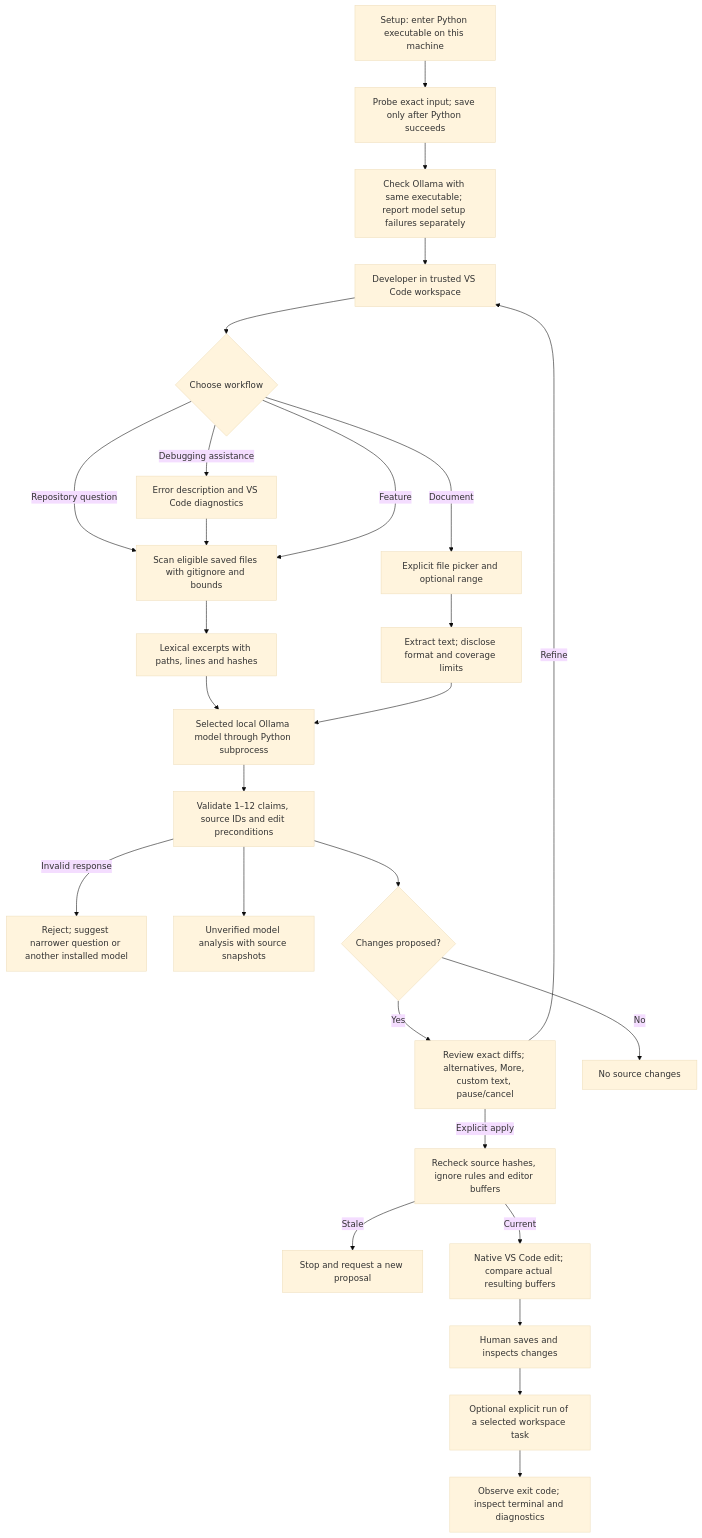
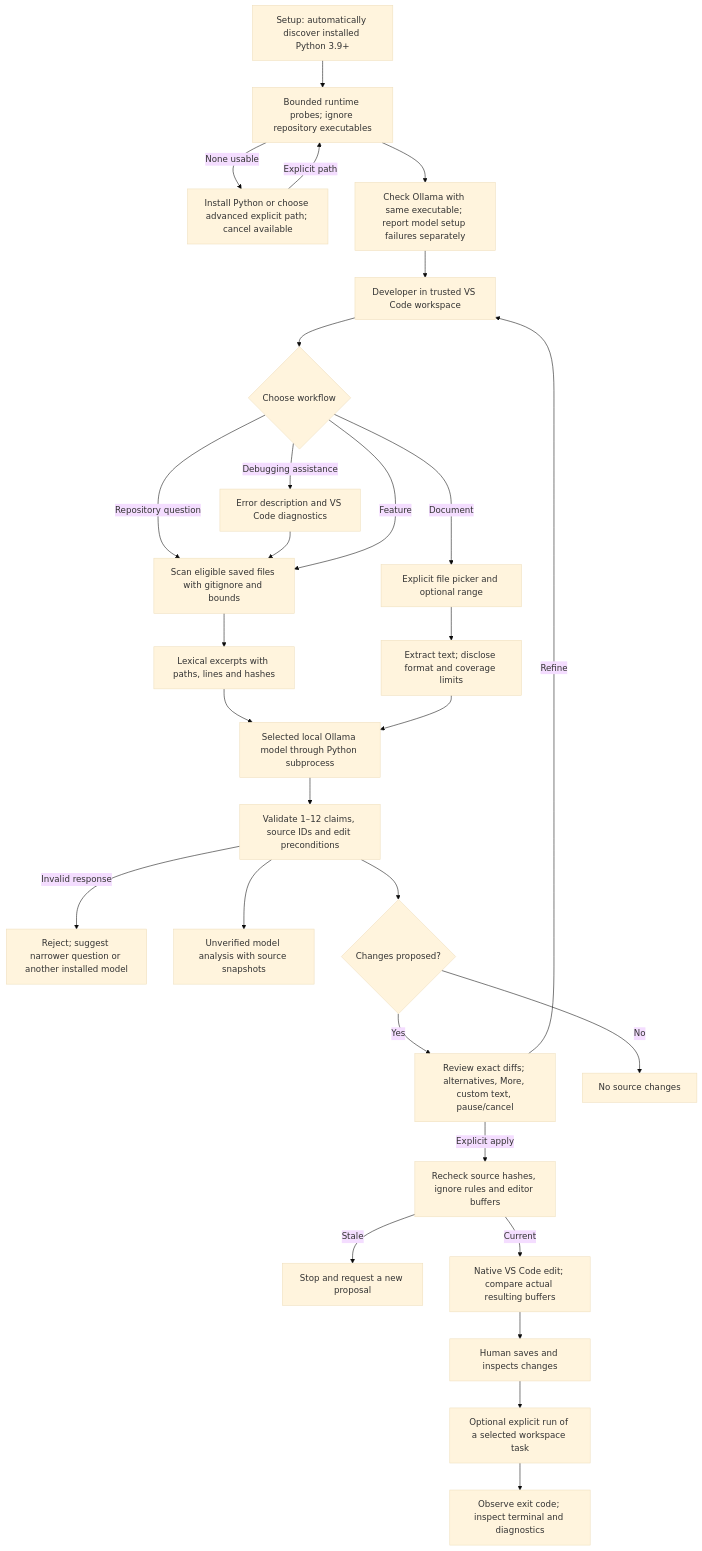
The diagram in docs/vscode.md (KrishnendraPrakash/thread), drawn with Mermaid (base theme) before and after one commit. The commit also changed other lines of this file and 29 other files, not shown here.

````diff
--- a/docs/vscode.md
+++ b/docs/vscode.md
@@ -101,29 +102,31 @@
 ```mermaid
 flowchart TD
-    Setup["Setup: enter Python executable on this machine"] --> Probe["Probe exact input; save only after Python succeeds"]
+    Setup["Setup: automatically discover installed Python 3.9+"] --> Probe["Bounded runtime probes; ignore repository executables"]
+    Probe -->|None usable| Advanced["Install Python or choose advanced explicit path; cancel available"]
+    Advanced -->|Explicit path| Probe
     Probe --> Models["Check Ollama with same executable; report model setup failures separately"]
     Models --> User["Developer in trusted VS Code workspace"]
     User --> Mode{"Choose workflow"}
     Mode -->|Repository question| Scan["Scan eligible saved files with gitignore and bounds"]
     Mode -->|Debugging assistance| Diagnostics["Error description and VS Code diagnostics"]
     Diagnostics --> Scan
     Mode -->|Feature| Scan
     Mode -->|Document| Pick["Explicit file picker and optional range"]
     Pick --> Extract["Extract text; disclose format and coverage limits"]
     Scan --> Retrieve["Lexical excerpts with paths, lines and hashes"]
     Retrieve --> Local["Selected local Ollama model through Python subprocess"]
     Extract --> Local
     Local --> Validate["Validate 1–12 claims, source IDs and edit preconditions"]
     Validate -->|Invalid response| Invalid["Reject; suggest narrower question or another installed model"]
     Validate --> Answer["Unverified model analysis with source snapshots"]
     Validate --> Proposal{"Changes proposed?"}
     Proposal -->|Yes| Review["Review exact diffs; alternatives, More, custom text, pause/cancel"]
     Review -->|Refine| User
     Review -->|Explicit apply| Fresh["Recheck source hashes, ignore rules and editor buffers"]
     Fresh -->|Stale| Stop["Stop and request a new proposal"]
     Fresh -->|Current| Apply["Native VS Code edit; compare actual resulting buffers"]
     Apply --> Human["Human saves and inspects changes"]
     Human --> Task["Optional explicit run of a selected workspace task"]
     Task --> Result["Observe exit code; inspect terminal and diagnostics"]
     Proposal -->|No| Done["No source changes"]
 ```
````
